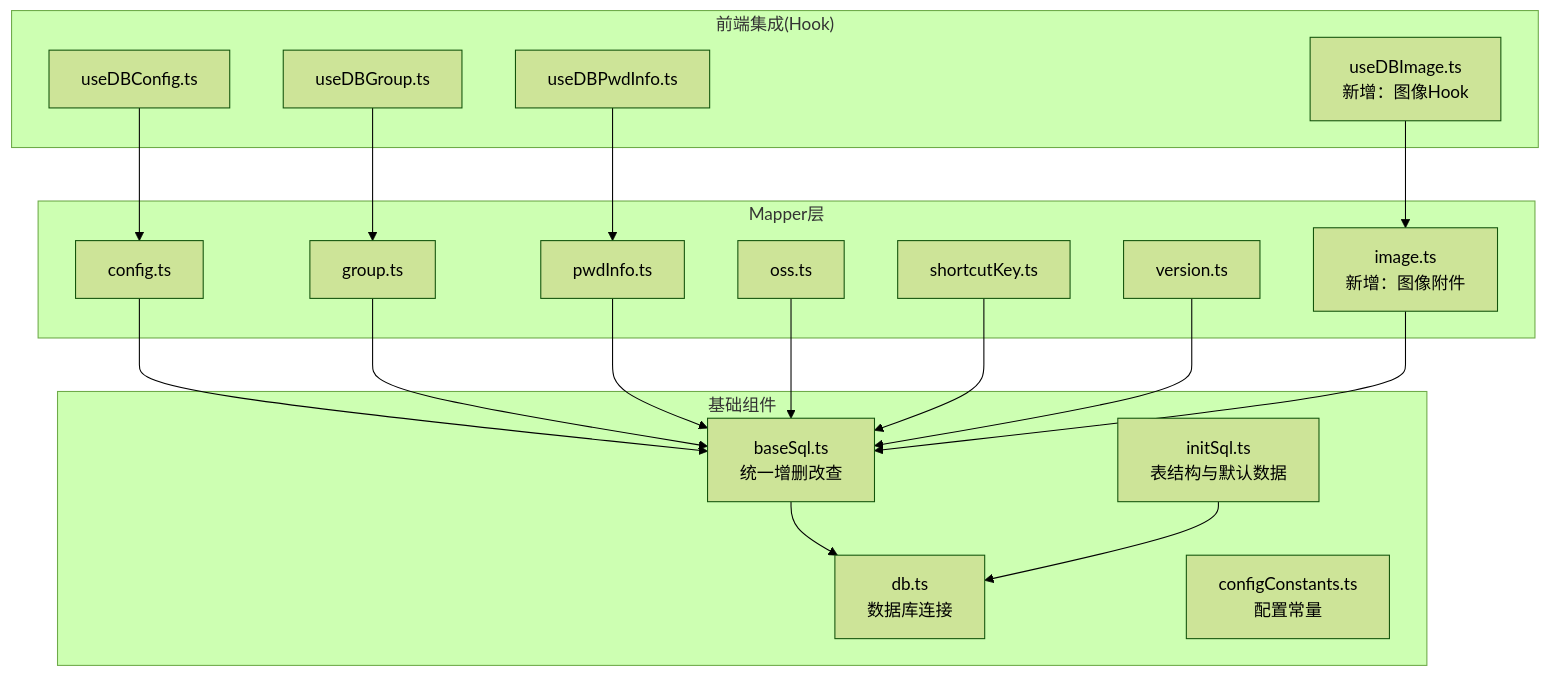
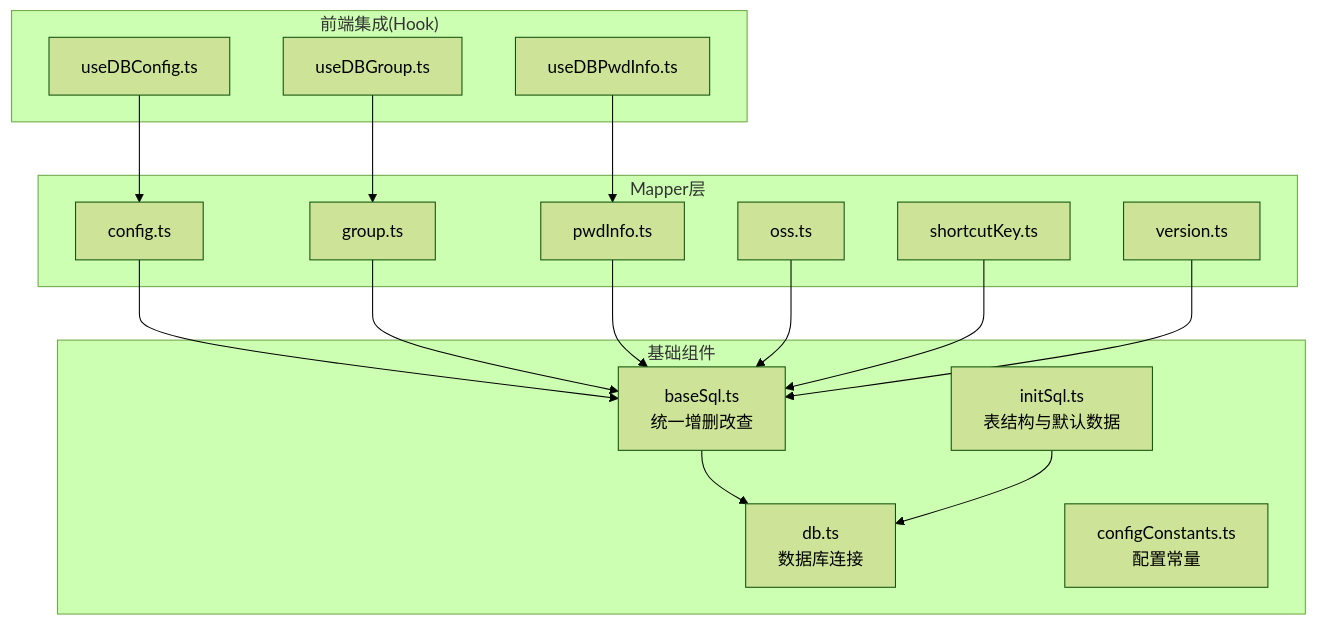
The first of 5 diagrams in .qoder/repowiki/zh/content/架构设计/数据库层架构/Mapper层设计/Mapper层设计.md (scgithub3220216/password-manager), drawn with Mermaid (forest theme) before and after one commit. The commit also changed other lines of this file and 17 other files, not shown here.

````diff
--- a/.qoder/repowiki/zh/content/架构设计/数据库层架构/Mapper层设计/Mapper层设计.md
+++ b/.qoder/repowiki/zh/content/架构设计/数据库层架构/Mapper层设计/Mapper层设计.md
@@ -57,37 +44,33 @@
 ```mermaid
 graph TB
 subgraph "基础组件"
 Base["baseSql.ts<br/>统一增删改查"]
 DB["db.ts<br/>数据库连接"]
 Init["initSql.ts<br/>表结构与默认数据"]
 CfgConst["configConstants.ts<br/>配置常量"]
 end
 subgraph "Mapper层"
 MConfig["config.ts"]
 MGroup["group.ts"]
 MPwd["pwdInfo.ts"]
 MOss["oss.ts"]
 MShk["shortcutKey.ts"]
 MVer["version.ts"]
-MImg["image.ts<br/>新增：图像附件"]
 end
 subgraph "前端集成(Hook)"
 HConfig["useDBConfig.ts"]
 HGroup["useDBGroup.ts"]
 HPwd["useDBPwdInfo.ts"]
-HImg["useDBImage.ts<br/>新增：图像Hook"]
 end
 Base --> DB
 Init --> DB
 MConfig --> Base
 MGroup --> Base
 MPwd --> Base
 MOss --> Base
 MShk --> Base
 MVer --> Base
-MImg --> Base
 HConfig --> MConfig
 HGroup --> MGroup
 HPwd --> MPwd
-HImg --> MImg
 ```
````
